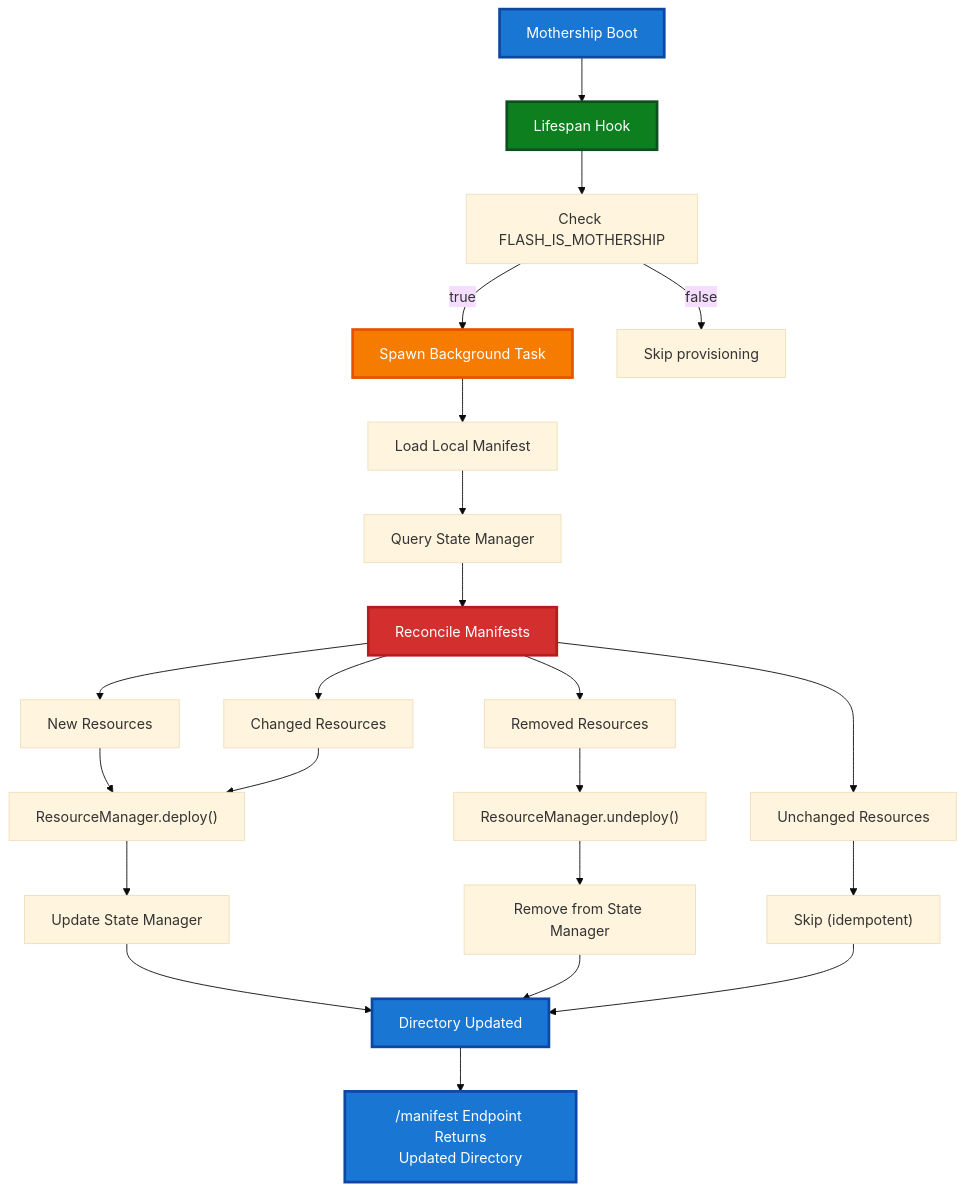
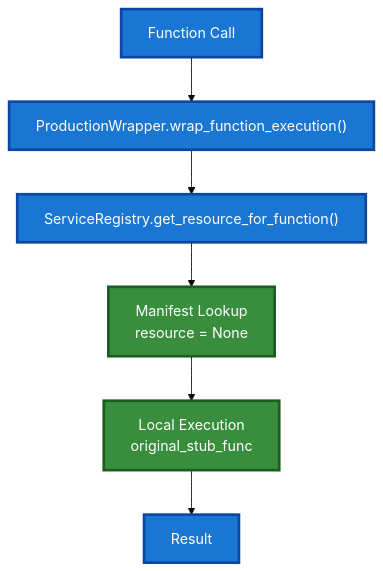
The second of 4 diagrams in docs/Cross_Endpoint_Routing.md (runpod/tetra-rp), drawn with Mermaid (base theme) before and after one commit. The commit also changed other lines of this file and 16 other files, not shown here.

First line of the commit message:
feat: mothership manifest sync and caching (#140)

````diff
--- a/docs/Cross_Endpoint_Routing.md
+++ b/docs/Cross_Endpoint_Routing.md
@@ -1148,37 +714,22 @@
 ```mermaid
-graph TD
-    A["Mothership Boot"] --> B["Lifespan Hook"]
-    B --> C["Check FLASH_IS_MOTHERSHIP"]
-    C -->|"true"| D["Spawn Background Task"]
-    C -->|"false"| Z["Skip provisioning"]
+flowchart TD
+    A["Function Call"]
+    B["ProductionWrapper.wrap_function_execution()"]
+    C["ServiceRegistry.get_resource_for_function()"]
+    D["Manifest Lookup<br/>resource = None"]
+    E["Local Execution<br/>original_stub_func"]
+    F["Result"]
 
-    D --> E["Load Local Manifest"]
-    E --> F["Query State Manager"]
-    F --> G["Reconcile Manifests"]
-
-    G --> H["New Resources"]
-    G --> I["Changed Resources"]
-    G --> J["Removed Resources"]
-    G --> K["Unchanged Resources"]
-
-    H --> L["ResourceManager.deploy()"]
-    I --> L
-    J --> M["ResourceManager.undeploy()"]
-    K --> N["Skip (idempotent)"]
-
-    L --> O["Update State Manager"]
-    M --> P["Remove from State Manager"]
-
-    O --> Q["Directory Updated"]
-    P --> Q
-    N --> Q
-
-    Q --> R["/manifest Endpoint Returns<br/>Updated Directory"]
+    A --> B
+    B --> C
+    C --> D
+    D --> E
+    E --> F
 
     style A fill:#1976d2,stroke:#0d47a1,stroke-width:3px,color:#fff
-    style B fill:#0d7f1f,stroke:#0d4f1f,stroke-width:3px,color:#fff
-    style D fill:#f57c00,stroke:#e65100,stroke-width:3px,color:#fff
-    style G fill:#d32f2f,stroke:#b71c1c,stroke-width:3px,color:#fff
-    style Q fill:#1976d2,stroke:#0d47a1,stroke-width:3px,color:#fff
-    style R fill:#1976d2,stroke:#0d47a1,stroke-width:3px,color:#fff
+    style B fill:#1976d2,stroke:#0d47a1,stroke-width:3px,color:#fff
+    style C fill:#1976d2,stroke:#0d47a1,stroke-width:3px,color:#fff
+    style D fill:#388e3c,stroke:#1b5e20,stroke-width:3px,color:#fff
+    style E fill:#388e3c,stroke:#1b5e20,stroke-width:3px,color:#fff
+    style F fill:#1976d2,stroke:#0d47a1,stroke-width:3px,color:#fff
 ```
````
